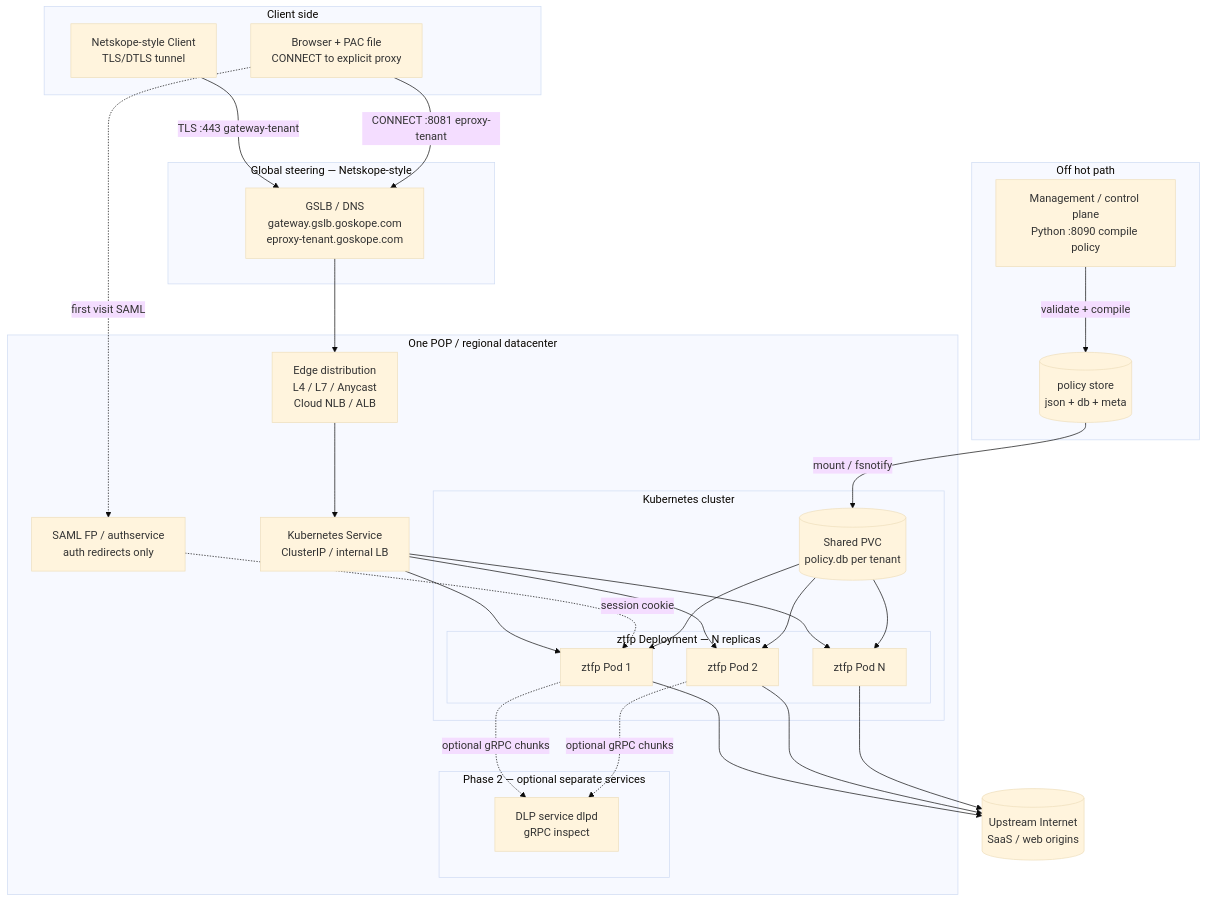
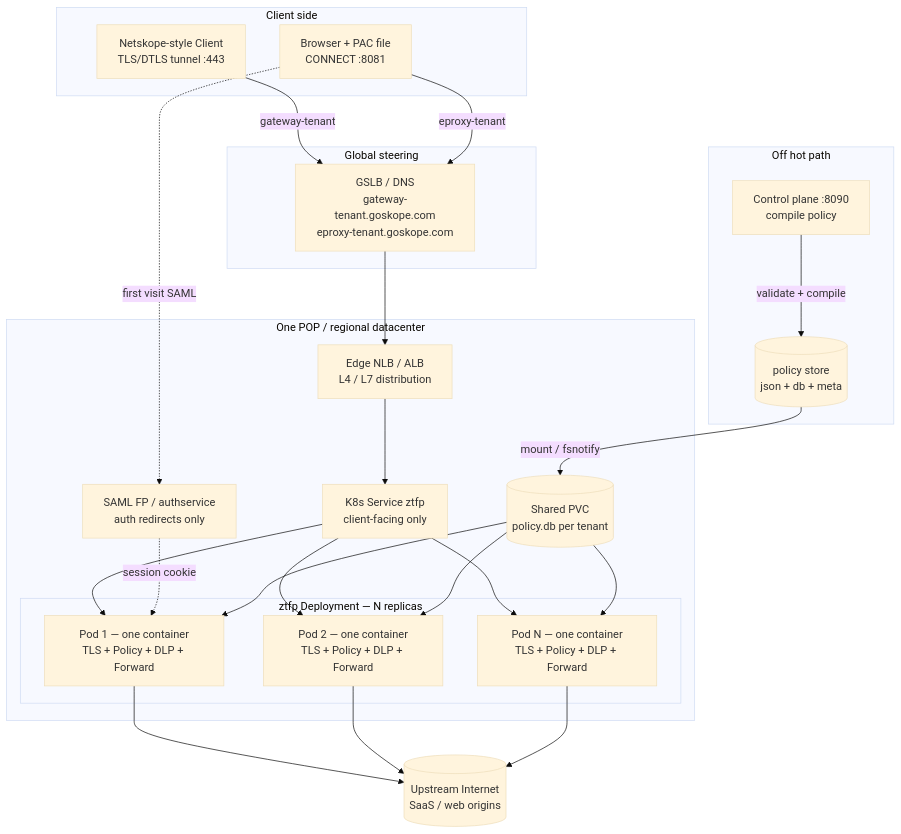
Before and after one commit to code-with-amitk/ZeroTrustForwardProxy: the first of 4 diagrams in Documentation/architecture.md, drawn with Mermaid (base theme). The commit also changed other lines of this file and 4 other files, not shown here.

````diff
--- a/Documentation/architecture.md
+++ b/Documentation/architecture.md
@@ -25,60 +28,52 @@
 ```mermaid
 flowchart TB
     subgraph ClientSide [Client side]
-        NC[Netskope-style Client<br/>TLS/DTLS tunnel]
-        BR[Browser + PAC file<br/>CONNECT to explicit proxy]
+        NC[Netskope-style Client<br/>TLS/DTLS tunnel :443]
+        BR[Browser + PAC file<br/>CONNECT :8081]
     end
 
-    subgraph Global [Global steering — Netskope-style]
-        GSLB[GSLB / DNS<br/>gateway.gslb.goskope.com<br/>eproxy-tenant.goskope.com]
+    subgraph Global [Global steering]
+        GSLB[GSLB / DNS<br/>gateway-tenant.goskope.com<br/>eproxy-tenant.goskope.com]
     end
 
     subgraph POP [One POP / regional datacenter]
-        Edge[Edge distribution<br/>L4 / L7 / Anycast<br/>Cloud NLB / ALB]
-        K8sLB[Kubernetes Service<br/>ClusterIP / internal LB]
+        Edge[Edge NLB / ALB<br/>L4 / L7 distribution]
+        K8sSvc[K8s Service ztfp<br/>client-facing only]
         Auth[SAML FP / authservice<br/>auth redirects only]
 
-        subgraph K8sCluster [Kubernetes cluster]
-            subgraph Pods [ztfp Deployment — N replicas]
-                P1[ztfp Pod 1]
-                P2[ztfp Pod 2]
-                P3[ztfp Pod N]
-            end
-            PVC[(Shared PVC<br/>policy.db per tenant)]
+        subgraph ZtfpDeploy [ztfp Deployment — N replicas]
+            P1["Pod 1 — one container<br/>TLS + Policy + DLP + Forward"]
+            P2["Pod 2 — one container<br/>TLS + Policy + DLP + Forward"]
+            PN["Pod N — one container<br/>TLS + Policy + DLP + Forward"]
         end
 
-        subgraph OptionalPhase2 [Phase 2 — optional separate services]
-            DLPsvc[DLP service dlpd<br/>gRPC inspect]
-        end
+        PVC[(Shared PVC<br/>policy.db per tenant)]
     end
 
     subgraph OffHotPath [Off hot path]
-        MP[Management / control plane<br/>Python :8090 compile policy]
+        MP[Control plane :8090<br/>compile policy]
         CPStore[(policy store<br/>json + db + meta)]
     end
 
     Internet[(Upstream Internet<br/>SaaS / web origins)]
 
-    NC -->|TLS :443 gateway-tenant| GSLB
-    BR -->|CONNECT :8081 eproxy-tenant| GSLB
+    NC -->|gateway-tenant| GSLB
+    BR -->|eproxy-tenant| GSLB
     GSLB --> Edge
-    Edge --> K8sLB
-    K8sLB --> P1
-    K8sLB --> P2
-    K8sLB --> P3
+    Edge --> K8sSvc
+    K8sSvc --> P1
+    K8sSvc --> P2
+    K8sSvc --> PN
     BR -.->|first visit SAML| Auth
     Auth -.->|session cookie| P1
 
     MP -->|validate + compile| CPStore
     CPStore -->|mount / fsnotify| PVC
     PVC --> P1
     PVC --> P2
-    PVC --> P3
-
-    P1 -.->|optional gRPC chunks| DLPsvc
-    P2 -.->|optional gRPC chunks| DLPsvc
+    PVC --> PN
 
     P1 --> Internet
     P2 --> Internet
-    P3 --> Internet
+    PN --> Internet
 ```
````
